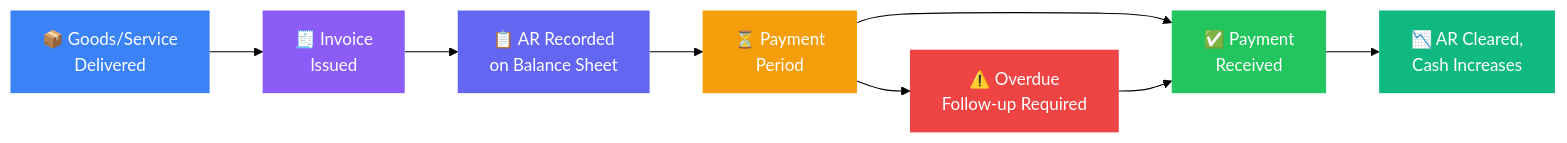
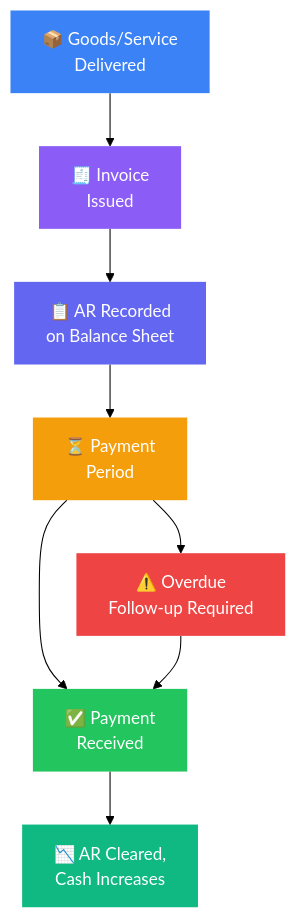
One commit to bengula/BengulaLive changed the diagram in Bengula-Jacob/content/banking-credit/what-is-accounts-receivable.md. Above: the diagram before and after it, drawn with Mermaid (forest theme). The commit also changed 12 other files, not shown here.

Commit message:
improved mermaid syntax

````diff
--- a/Bengula-Jacob/content/banking-credit/what-is-accounts-receivable.md
+++ b/Bengula-Jacob/content/banking-credit/what-is-accounts-receivable.md
@@ -40,18 +40,18 @@
 ```mermaid
-flowchart LR
-    A["📦 Goods/Service\nDelivered"] --> B["🧾 Invoice\nIssued"]
-    B --> C["📋 AR Recorded\non Balance Sheet"]
-    C --> D["⏳ Payment\nPeriod"]
-    D --> E["✅ Payment\nReceived"]
-    E --> F["📉 AR Cleared,\nCash Increases"]
-    D --> G["⚠️ Overdue\nFollow-up Required"]
+flowchart TD
+    A["📦 Goods/Service<br>Delivered"] --> B["🧾 Invoice<br>Issued"]
+    B --> C["📋 AR Recorded<br>on Balance Sheet"]
+    C --> D["⏳ Payment<br>Period"]
+    D --> E["✅ Payment<br>Received"]
+    E --> F["📉 AR Cleared,<br>Cash Increases"]
+    D --> G["⚠️ Overdue<br>Follow-up Required"]
     G --> E
 
     style A fill:#3b82f6,color:#fff,stroke:none
     style B fill:#8b5cf6,color:#fff,stroke:none
     style C fill:#6366f1,color:#fff,stroke:none
     style D fill:#f59e0b,color:#fff,stroke:none
     style E fill:#22c55e,color:#fff,stroke:none
     style F fill:#10b981,color:#fff,stroke:none
     style G fill:#ef4444,color:#fff,stroke:none
 ```
````
